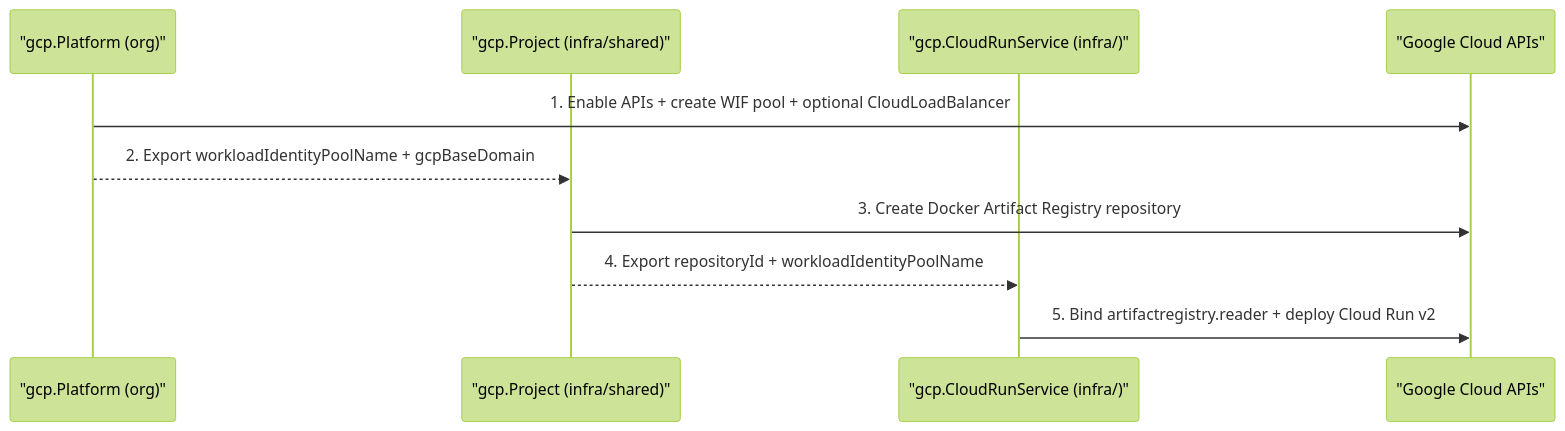
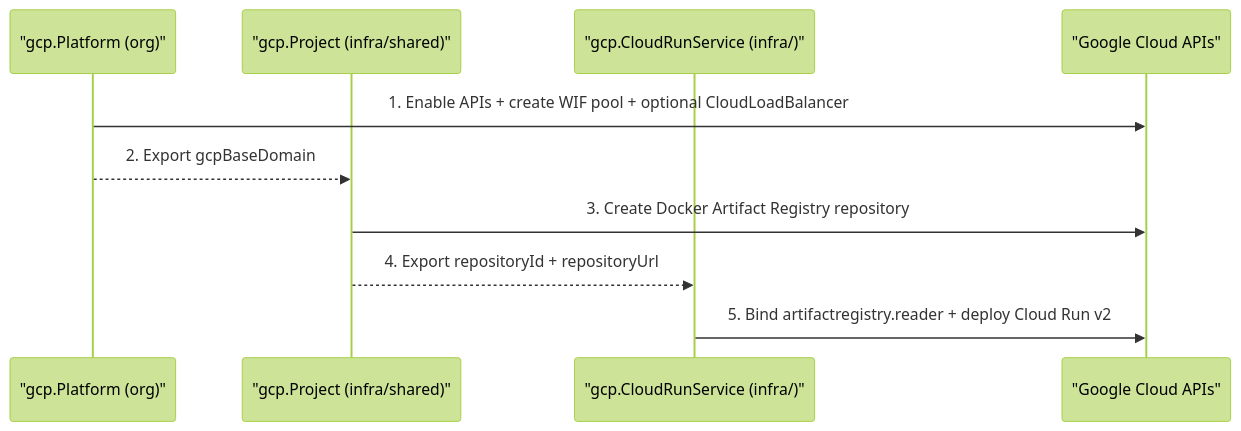
Before and after one commit to cloudvoyant/openbase: the second of 2 diagrams in docs/architecture/providers/gcp/index.md, drawn with Mermaid (forest theme). The commit also changed other lines of this file and 124 other files, not shown here.

````diff
--- a/docs/architecture/providers/gcp/index.md
+++ b/docs/architecture/providers/gcp/index.md
@@ -59,13 +61,13 @@
 ```mermaid
 sequenceDiagram
     participant Plat as "gcp.Platform (org)"
     participant Proj as "gcp.Project (infra/shared)"
     participant Svc as "gcp.CloudRunService (infra/)"
     participant GCP as "Google Cloud APIs"
 
     Plat->>GCP: 1. Enable APIs + create WIF pool + optional CloudLoadBalancer
-    Plat-->>Proj: 2. Export workloadIdentityPoolName + gcpBaseDomain
+    Plat-->>Proj: 2. Export gcpBaseDomain
     Proj->>GCP: 3. Create Docker Artifact Registry repository
-    Proj-->>Svc: 4. Export repositoryId + workloadIdentityPoolName
+    Proj-->>Svc: 4. Export repositoryId + repositoryUrl
     Svc->>GCP: 5. Bind artifactregistry.reader + deploy Cloud Run v2
 ```
````
